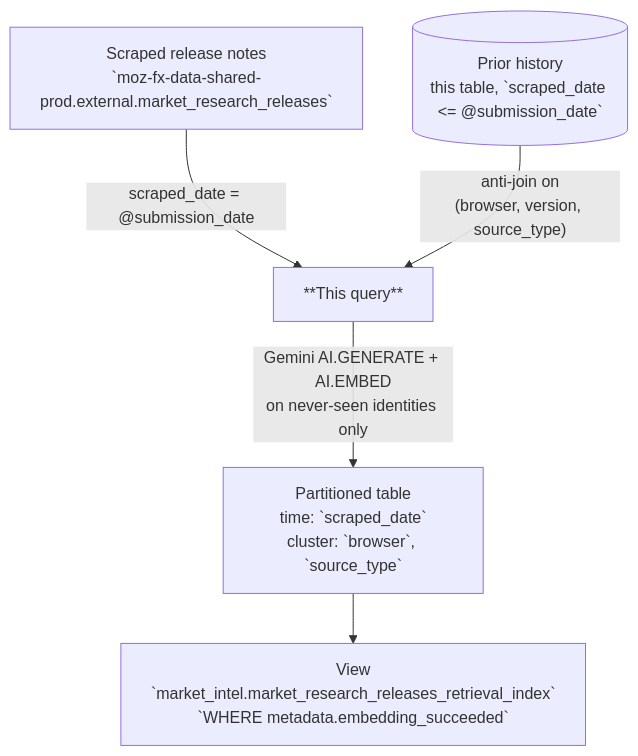
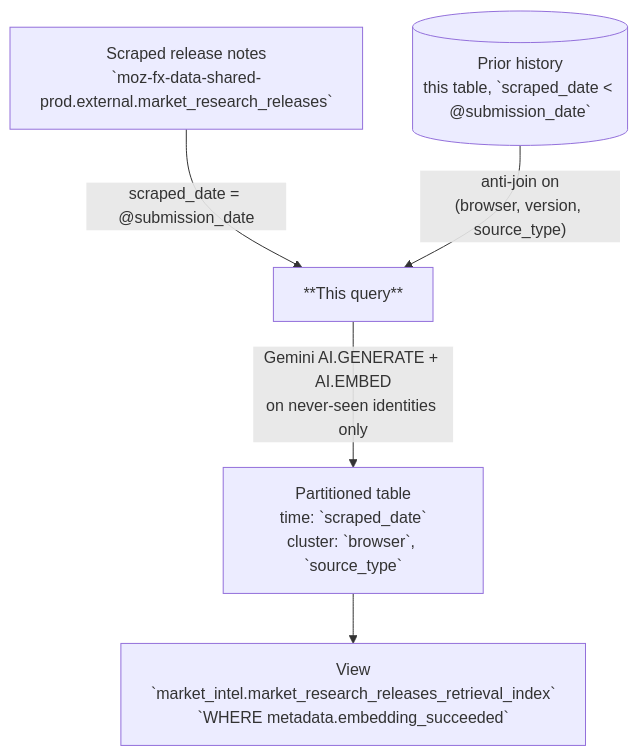
Before and after one commit to mozilla/bigquery-etl: the diagram in sql/moz-fx-data-shared-prod/market_intel_derived/market_research_releases_retrieval_index_v1/README.md, drawn with Mermaid. The commit also changed other lines of this file and 4 other files, not shown here.

````diff
--- a/sql/moz-fx-data-shared-prod/market_intel_derived/market_research_releases_retrieval_index_v1/README.md
+++ b/sql/moz-fx-data-shared-prod/market_intel_derived/market_research_releases_retrieval_index_v1/README.md
@@ -45,7 +45,7 @@
 ```mermaid
 flowchart TD
   A[Scraped release notes<br/>`moz-fx-data-shared-prod.external.market_research_releases`] -->|"scraped_date = @submission_date"| B[**This query**]
-  H[(Prior history<br/>this table, `scraped_date <= @submission_date`)] -->|"anti-join on<br/>(browser, version, source_type)"| B
+  H[(Prior history<br/>this table, `scraped_date < @submission_date`)] -->|"anti-join on<br/>(browser, version, source_type)"| B
   B -->|"Gemini AI.GENERATE + AI.EMBED<br/>on never-seen identities only"| C[Partitioned table<br/>time: `scraped_date`<br/>cluster: `browser`, `source_type`]
   C --> D[View<br/>`market_intel.market_research_releases_retrieval_index`<br/>`WHERE metadata.embedding_succeeded`]
 ```
````
